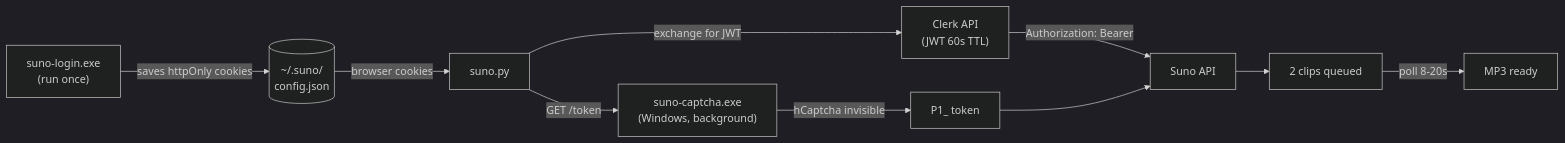
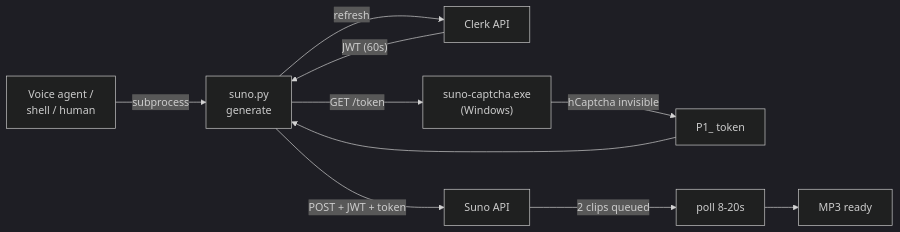
The diagram in README.md (Crucialhunter/sunotap), drawn with Mermaid (dark theme) before and after one commit. The commit also changed other lines of this file and 2 other files, not shown here.

````diff
--- a/README.md
+++ b/README.md
@@ -56,12 +86,12 @@
 ```mermaid
 flowchart LR
-    A["suno-login.exe\n(run once)"] -->|saves httpOnly cookies| B[("~/.suno/\nconfig.json")]
-    B -->|browser cookies| C["suno.py"]
-    C -->|exchange for JWT| D["Clerk API\n(JWT 60s TTL)"]
-    D -->|Authorization: Bearer| E["Suno API"]
-    C -->|GET /token| F["suno-captcha.exe\n(Windows, background)"]
-    F -->|hCaptcha invisible| G["P1_ token"]
-    G --> E
-    E --> H["2 clips queued"]
-    H -->|poll 8-20s| I["MP3 ready"]
+    A["Voice agent /<br>shell / human"] -->|"subprocess"| B["suno.py<br>generate"]
+    B -->|"refresh"| C["Clerk API"]
+    C -->|"JWT (60s)"| B
+    B -->|"GET /token"| D["suno-captcha.exe<br>(Windows)"]
+    D -->|"hCaptcha invisible"| E["P1_ token"]
+    E --> B
+    B -->|"POST + JWT + token"| F["Suno API"]
+    F -->|"2 clips queued"| G["poll 8-20s"]
+    G --> H["MP3 ready"]
 ```
````
